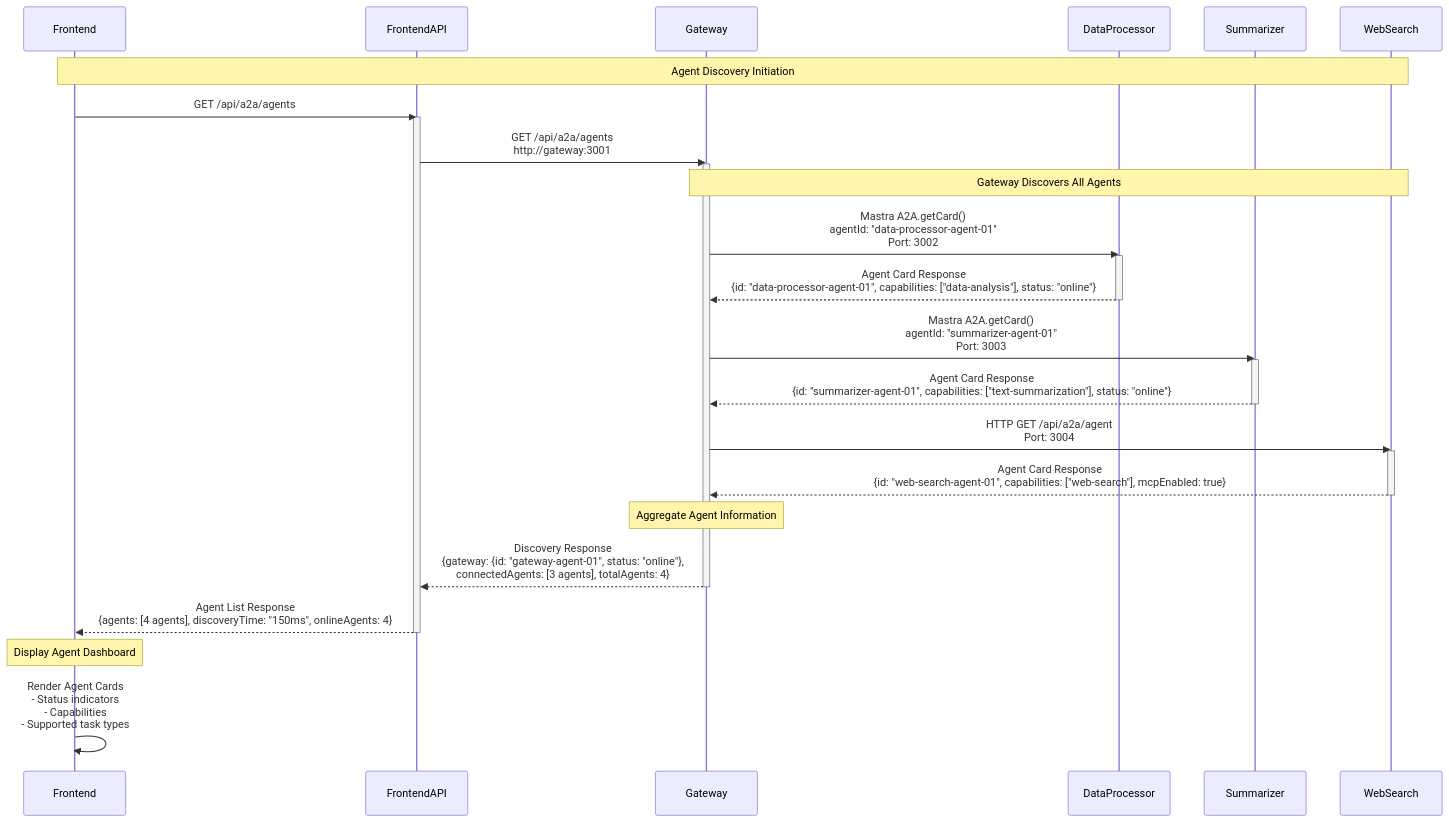
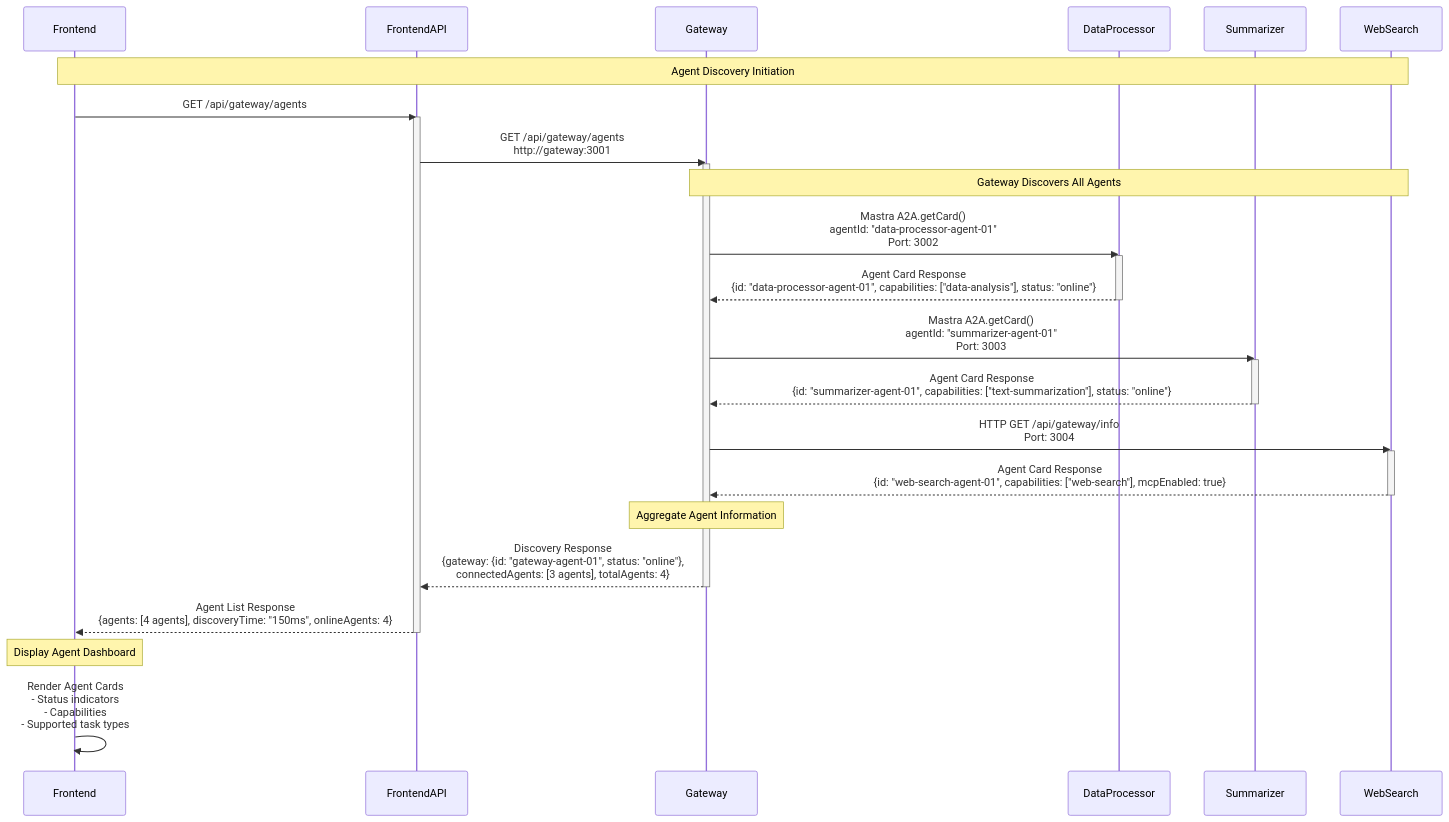
One commit to tubone24/a2a_mastra changed the third of 6 diagrams in README.md. Above: the diagram before and after it, drawn with Mermaid. The commit also changed other lines of this file and 7 other files, not shown here.

Commit message:
🔧 refactor(frontend): APIエンドポイントを'/api/gateway'に変更して、GatewayのREST APIを使用するようにする

````diff
--- a/README.md
+++ b/README.md
@@ -303,45 +303,45 @@
 ```mermaid
 sequenceDiagram
     participant Frontend
     participant FrontendAPI
     participant Gateway
     participant DataProcessor
     participant Summarizer
     participant WebSearch
     
     Note over Frontend,WebSearch: Agent Discovery Initiation
     
-    Frontend->>FrontendAPI: GET /api/a2a/agents
+    Frontend->>FrontendAPI: GET /api/gateway/agents
     activate FrontendAPI
     
-    FrontendAPI->>Gateway: GET /api/a2a/agents<br/>http://gateway:3001
+    FrontendAPI->>Gateway: GET /api/gateway/agents<br/>http://gateway:3001
     activate Gateway
     
     Note over Gateway,WebSearch: Gateway Discovers All Agents
     
     Gateway->>DataProcessor: Mastra A2A.getCard()<br/>agentId: "data-processor-agent-01"<br/>Port: 3002
     activate DataProcessor
     DataProcessor-->>Gateway: Agent Card Response<br/>{id: "data-processor-agent-01", capabilities: ["data-analysis"], status: "online"}
     deactivate DataProcessor
     
     Gateway->>Summarizer: Mastra A2A.getCard()<br/>agentId: "summarizer-agent-01"<br/>Port: 3003
     activate Summarizer
     Summarizer-->>Gateway: Agent Card Response<br/>{id: "summarizer-agent-01", capabilities: ["text-summarization"], status: "online"}
     deactivate Summarizer
     
-    Gateway->>WebSearch: HTTP GET /api/a2a/agent<br/>Port: 3004
+    Gateway->>WebSearch: HTTP GET /api/gateway/info<br/>Port: 3004
     activate WebSearch
     WebSearch-->>Gateway: Agent Card Response<br/>{id: "web-search-agent-01", capabilities: ["web-search"], mcpEnabled: true}
     deactivate WebSearch
     
     Note over Gateway: Aggregate Agent Information
     
     Gateway-->>FrontendAPI: Discovery Response<br/>{gateway: {id: "gateway-agent-01", status: "online"},<br/>connectedAgents: [3 agents], totalAgents: 4}
     deactivate Gateway
     
     FrontendAPI-->>Frontend: Agent List Response<br/>{agents: [4 agents], discoveryTime: "150ms", onlineAgents: 4}
     deactivate FrontendAPI
     
     Note over Frontend: Display Agent Dashboard
     Frontend->>Frontend: Render Agent Cards<br/>- Status indicators<br/>- Capabilities<br/>- Supported task types
 ```
````
